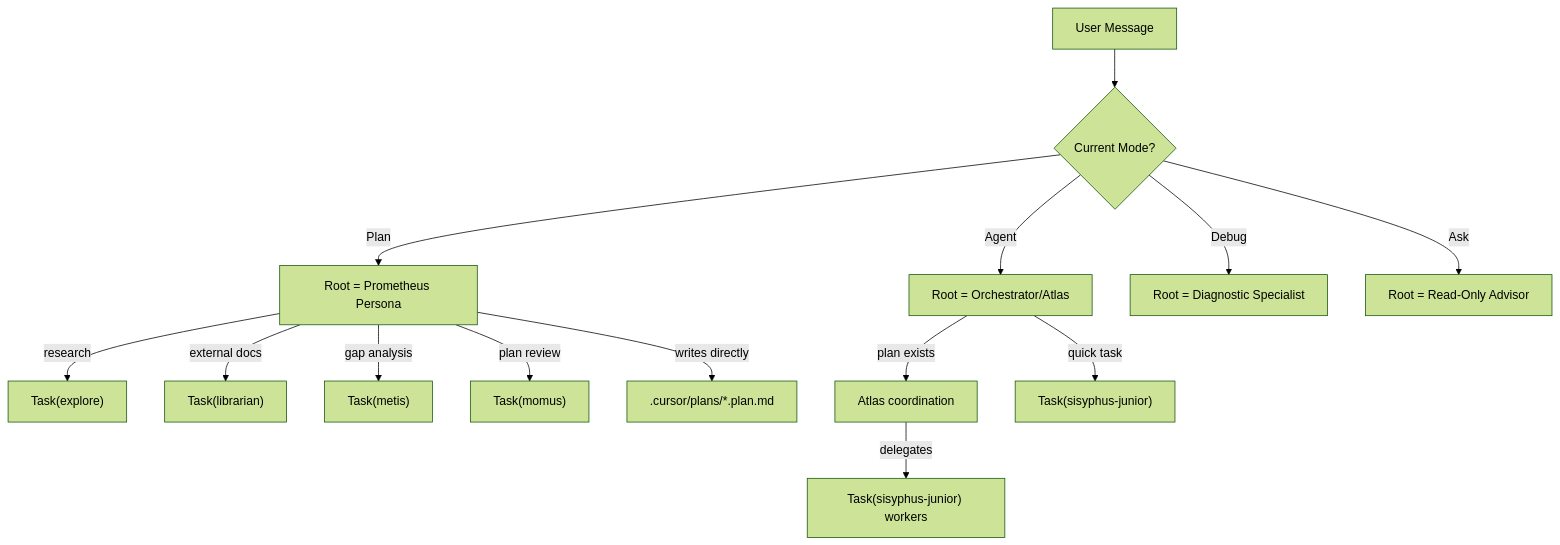
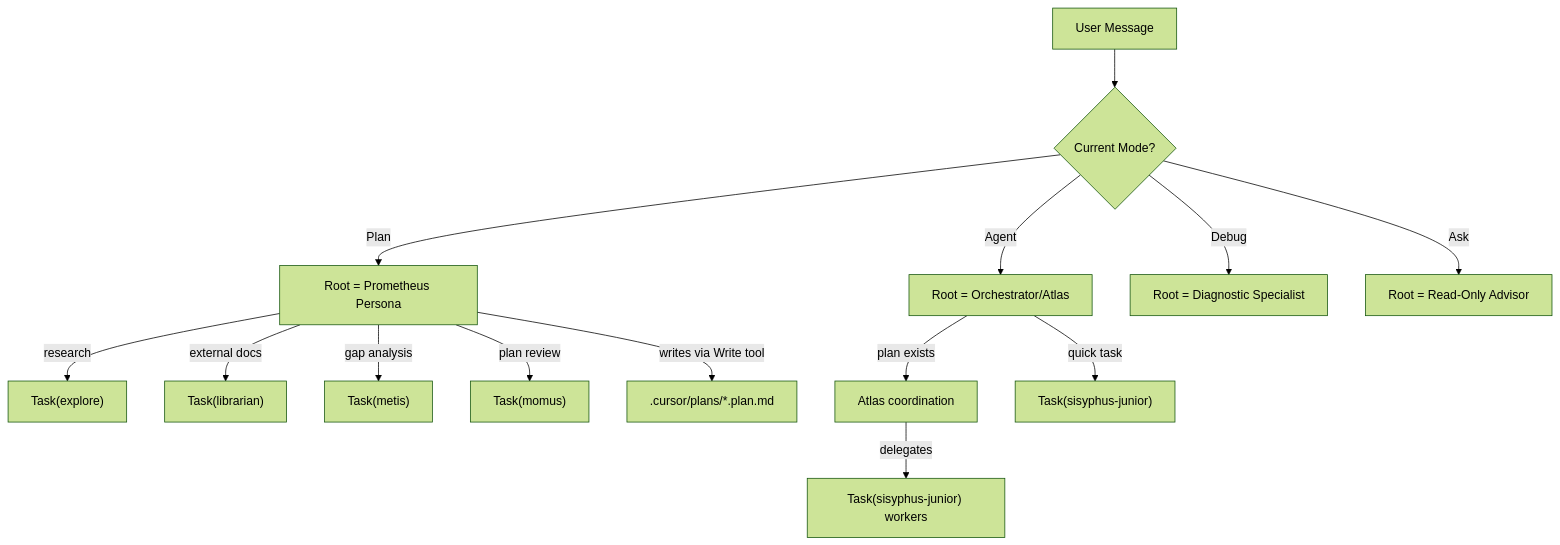
The second of 5 diagrams in ARCHITECTURE.md (andrescera/oh-my-cursor), drawn with Mermaid (forest theme) before and after one commit. The commit also changed 2 other files, not shown here.

Commit message:
docs(plan): align reference docs and 08-plan-system on Write enforcement
ARCHITECTURE.md mode-routing diagram now names the Write tool on the
plan-file edge. 08-plan-system.md says Prometheus writes via Write
to .cursor/plans/. 19-known-sharp-edges.md upgrades the CreatePlan
"Workaround" to a "Required approach" and notes the dropped hook deny.

````diff
--- a/ARCHITECTURE.md
+++ b/ARCHITECTURE.md
@@ -37,16 +37,16 @@
 ```mermaid
 graph TD
     User[User Message] --> ModeCheck{Current Mode?}
     ModeCheck -->|Plan| PlanPersona["Root = Prometheus Persona"]
     ModeCheck -->|Agent| AgentPersona["Root = Orchestrator/Atlas"]
     ModeCheck -->|Debug| DebugPersona["Root = Diagnostic Specialist"]
     ModeCheck -->|Ask| AskPersona["Root = Read-Only Advisor"]
     PlanPersona -->|research| Explore["Task(explore)"]
     PlanPersona -->|external docs| Lib["Task(librarian)"]
     PlanPersona -->|gap analysis| Metis["Task(metis)"]
     PlanPersona -->|plan review| Momus["Task(momus)"]
-    PlanPersona -->|writes directly| PlanFile[".cursor/plans/*.plan.md"]
+    PlanPersona -->|writes via Write tool| PlanFile[".cursor/plans/*.plan.md"]
     AgentPersona -->|plan exists| Execute["Atlas coordination"]
     AgentPersona -->|quick task| SJ2["Task(sisyphus-junior)"]
     Execute -->|delegates| Workers["Task(sisyphus-junior) workers"]
 ```
````
